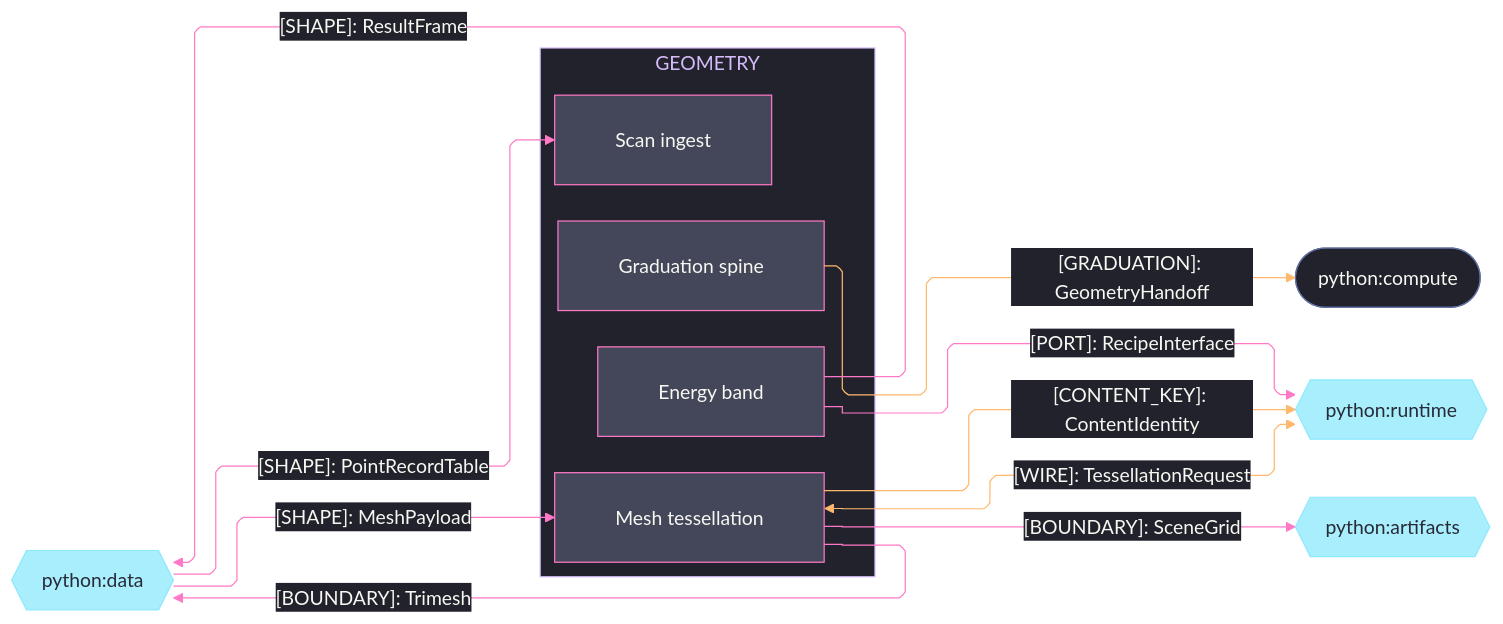
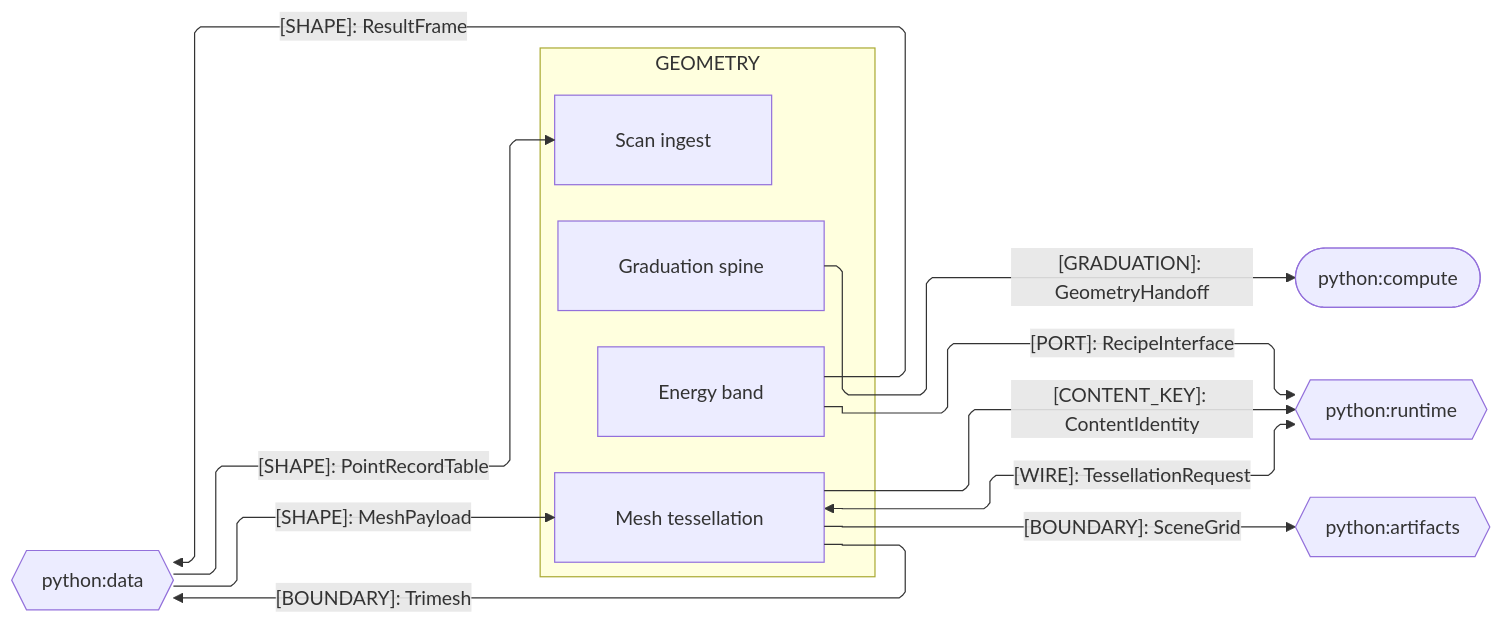
The second of 3 diagrams in libs/python/geometry/ARCHITECTURE.md (bsamiee/Rasm), drawn with Mermaid before and after one commit. The commit also changed other lines of this file and 460 other files, not shown here.

````diff
--- a/libs/python/geometry/ARCHITECTURE.md
+++ b/libs/python/geometry/ARCHITECTURE.md
@@ -101,60 +74,31 @@
 ```mermaid
 ---
 config:
-  theme: base
-  look: classic
   layout: elk
   flowchart:
     curve: linear
     padding: 25
-  themeVariables:
-    darkMode: true
-    fontFamily: "SF Mono, Menlo, Cascadia Mono, Segoe UI Mono, Consolas, monospace"
-    useGradient: false
-    dropShadow: "none"
-    background: "#282A36"
-    primaryColor: "#44475A"
-    primaryTextColor: "#F8F8F2"
-    primaryBorderColor: "#BD93F9"
-    lineColor: "#FF79C6"
-    textColor: "#F8F8F2"
-    clusterBkg: "#21222C"
-    clusterBorder: "#D6BCFA"
-    edgeLabelBackground: "#21222C"
-    labelBackgroundColor: "#21222C"
-    titleColor: "#D6BCFA"
-  themeCSS: ".nodeLabel{font-size:13px;font-weight:500}.edgeLabel{font-size:12px;font-weight:500}.cluster-label .nodeLabel{font-size:13.5px;font-weight:700;letter-spacing:.08em}.edge-thickness-normal{stroke-width:2px}.edge-thickness-thick{stroke-width:3px}.edge-pattern-dashed,.edge-pattern-dotted{stroke-width:1.5px;stroke-dasharray:4 6}.node rect,.node circle,.node polygon,.node path,.node .outer-path{stroke-width:1.5px;filter:none!important}.cluster rect{stroke-width:1px!important;stroke-dasharray:5 4!important;filter:none!important}.marker path{transform:scale(.8);transform-origin:5px 5px}.marker circle{transform:scale(.48);transform-origin:5px 5px}.edgeLabel rect{transform-box:fill-box;transform-origin:center;transform:scale(1.1,1.2)}"
 ---
 flowchart LR
     accTitle: Geometry Python sibling seams
-    accDescr: Geometry sub-domain owners exchanging graduation receipts, tessellation registry rows, mesh payloads, point records, a recipe port, and result frames with the Python compute, runtime, data, and artifacts siblings, edge rails colored by kind and nodes classed by seam direction.
+    accDescr: Geometry sub-domain owners exchanging graduation receipts, tessellation registry rows, mesh payloads, point records, a recipe port, and result frames with the Python compute, runtime, data, and artifacts siblings, one labeled edge per contract family.
     subgraph geometry[GEOMETRY]
         Graduation[Graduation spine]
         Mesh[Mesh tessellation]
         Scan[Scan ingest]
         Energy[Energy band]
     end
     Compute([python:compute])
     Runtime{{python:runtime}}
     Data{{python:data}}
     Artifacts{{python:artifacts}}
     Graduation e1@-->|"[GRADUATION]: GeometryHandoff"| Compute
     Mesh e2@<-->|"[WIRE]: TessellationRequest"| Runtime
     Mesh e3@-->|"[CONTENT_KEY]: ContentIdentity"| Runtime
     Data e4@-->|"[SHAPE]: MeshPayload"| Mesh
     Mesh e5@-->|"[BOUNDARY]: Trimesh"| Data
     Mesh e6@-->|"[BOUNDARY]: SceneGrid"| Artifacts
     Data e7@-->|"[SHAPE]: PointRecordTable"| Scan
     Energy e8@-->|"[PORT]: RecipeInterface"| Runtime
     Energy e9@-->|"[SHAPE]: ResultFrame"| Data
-    classDef primary fill:#44475A,stroke:#FF79C6,color:#F8F8F2
-    classDef external fill:#8BE9FDBF,stroke:#8BE9FD,color:#282A36
-    classDef recessed fill:#21222C,stroke:#6272A4,color:#F8F8F2
-    classDef edgeData stroke:#FFB86C,color:#F8F8F2
-    classDef edgeControl stroke:#FF79C6,color:#F8F8F2
-    class Graduation,Mesh,Scan,Energy primary
-    class Runtime,Data,Artifacts external
-    class Compute recessed
-    class e1,e2,e3 edgeData
-    class e4,e5,e6,e7,e8,e9 edgeControl
 ```
````
